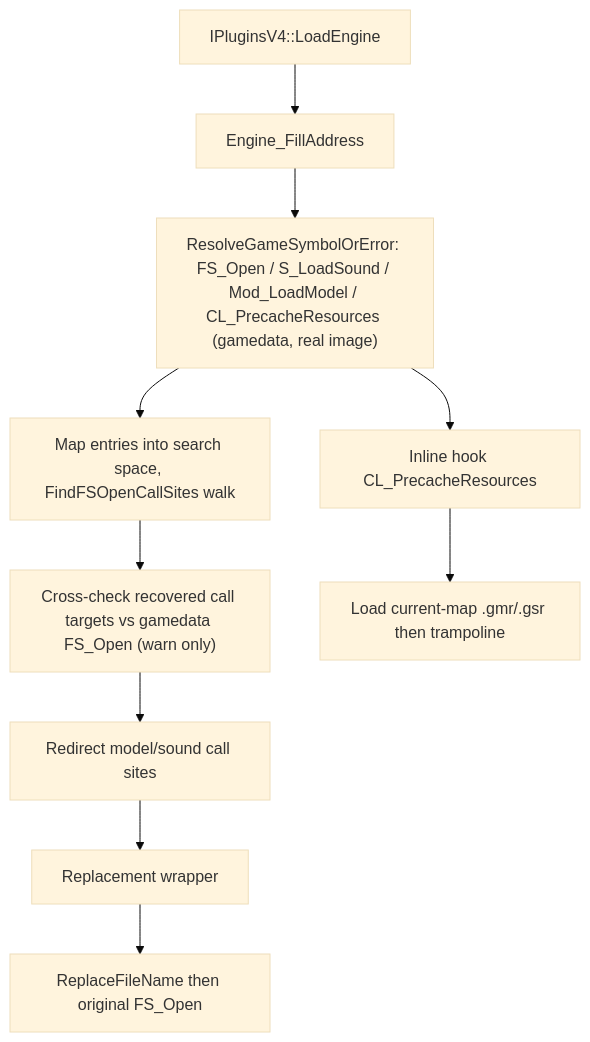
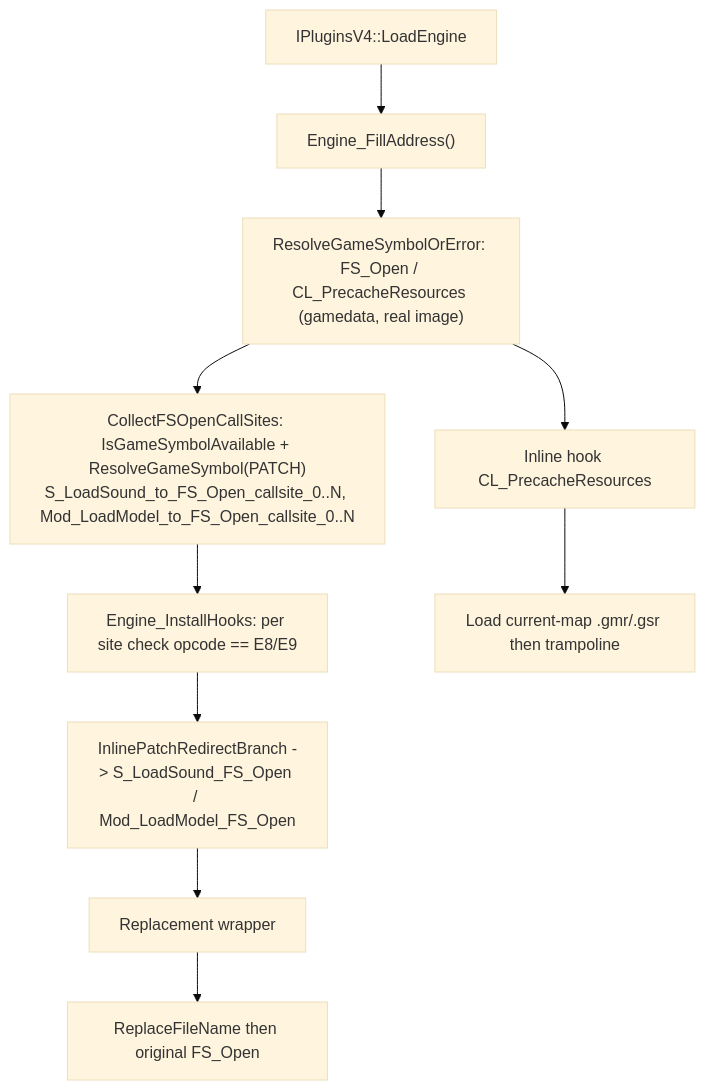
The diagram in memory/privatevars/resource-replacer-privatevars.md (hzqst/MetaHookSv), drawn with Mermaid (base theme) before and after one commit. The commit also changed other lines of this file and 8 other files, not shown here.

First line of the commit message:
chore(gamedata): gate required symbol kinds and numbered patch sets

````diff
--- a/memory/privatevars/resource-replacer-privatevars.md
+++ b/memory/privatevars/resource-replacer-privatevars.md
@@ -42,12 +43,12 @@
 ```mermaid
 flowchart TD
-    A["IPluginsV4::LoadEngine"] --> B["Engine_FillAddress"]
-    B --> B1["ResolveGameSymbolOrError: FS_Open / S_LoadSound / Mod_LoadModel / CL_PrecacheResources (gamedata, real image)"]
-    B1 --> C["Map entries into search space, FindFSOpenCallSites walk"]
-    C --> D["Cross-check recovered call targets vs gamedata FS_Open (warn only)"]
-    D --> F["Redirect model/sound call sites"]
-    F --> G["Replacement wrapper"]
+    A["IPluginsV4::LoadEngine"] --> B["Engine_FillAddress()"]
+    B --> B1["ResolveGameSymbolOrError: FS_Open / CL_PrecacheResources (gamedata, real image)"]
+    B1 --> C["CollectFSOpenCallSites: IsGameSymbolAvailable + ResolveGameSymbol(PATCH)<br/>S_LoadSound_to_FS_Open_callsite_0..N, Mod_LoadModel_to_FS_Open_callsite_0..N"]
+    C --> D["Engine_InstallHooks: per site check opcode == E8/E9"]
+    D --> E["InlinePatchRedirectBranch -> S_LoadSound_FS_Open / Mod_LoadModel_FS_Open"]
+    E --> G["Replacement wrapper"]
     G --> H["ReplaceFileName then original FS_Open"]
     B1 --> I["Inline hook CL_PrecacheResources"]
     I --> J["Load current-map .gmr/.gsr then trampoline"]
 ```
````
